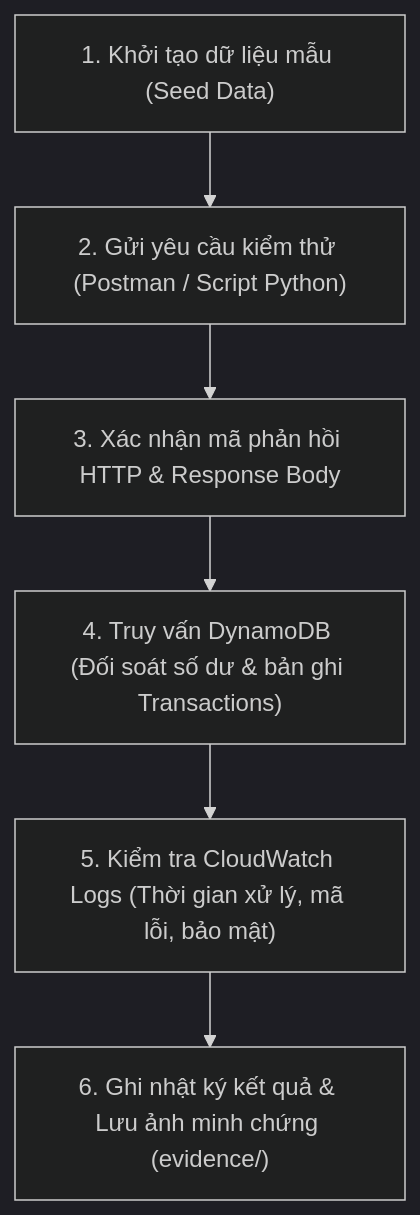
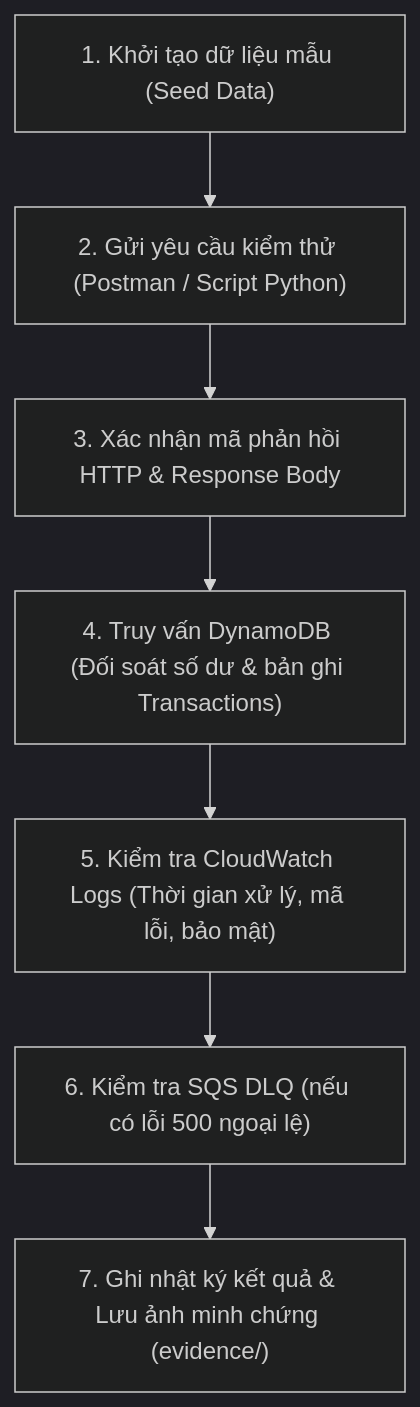
One commit to NguyenNguyen0210/serverless-payment changed the diagram in docs/test-scenarios.md. Above: the diagram before and after it, drawn with Mermaid (dark theme). The commit also changed other lines of this file and 8 other files, not shown here.

Commit message:
docs: add GitHub repo links, API Gateway route throttling, and SQS DLQ architectural specifications

````diff
--- a/docs/test-scenarios.md
+++ b/docs/test-scenarios.md
@@ -85,8 +92,9 @@
 ```mermaid
 flowchart TD
     Init["1. Khởi tạo dữ liệu mẫu (Seed Data)"] --> RunTest["2. Gửi yêu cầu kiểm thử (Postman / Script Python)"]
     RunTest --> CheckHTTP["3. Xác nhận mã phản hồi HTTP & Response Body"]
     CheckHTTP --> CheckDB["4. Truy vấn DynamoDB (Đối soát số dư & bản ghi Transactions)"]
     CheckDB --> CheckLogs["5. Kiểm tra CloudWatch Logs (Thời gian xử lý, mã lỗi, bảo mật)"]
-    CheckLogs --> Record["6. Ghi nhật ký kết quả & Lưu ảnh minh chứng (evidence/)"]
+    CheckLogs --> CheckDLQ["6. Kiểm tra SQS DLQ (nếu có lỗi 500 ngoại lệ)"]
+    CheckDLQ --> Record["7. Ghi nhật ký kết quả & Lưu ảnh minh chứng (evidence/)"]
 ```
````
